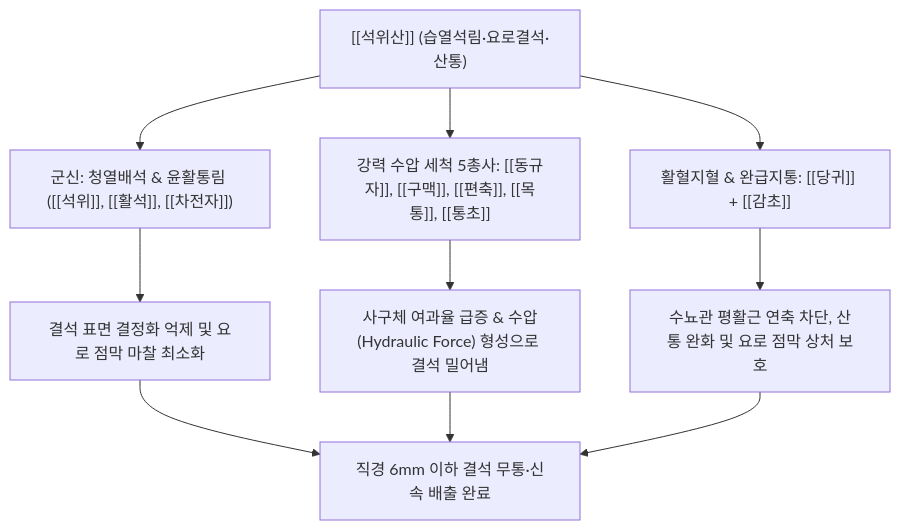
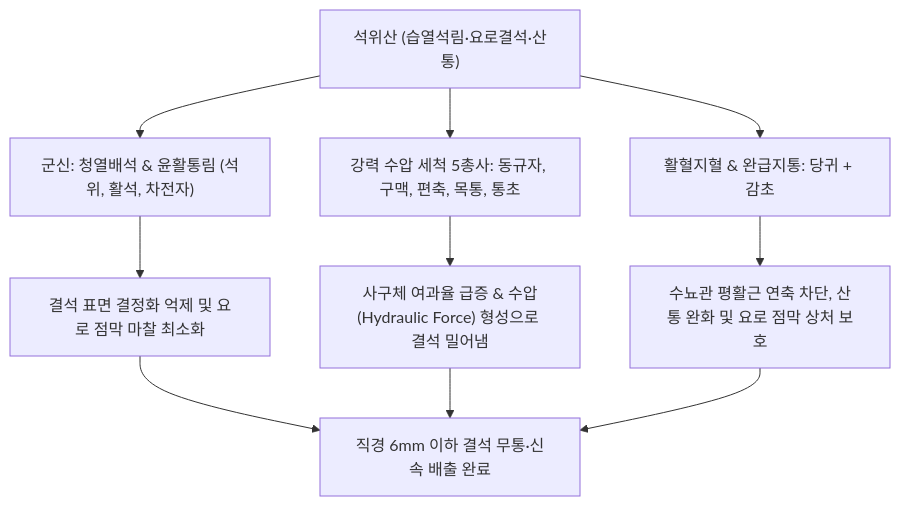
Before and after one commit to simbio11/simbio-digital-garden2: the diagram in content/2. 약리 공부/처방/03_화담·거습·이수제/석위산.md, drawn with Mermaid. The commit also changed other lines of this file and 323 other files, not shown here.

````diff
--- a/content/2. 약리 공부/처방/03_화담·거습·이수제/석위산.md
+++ b/content/2. 약리 공부/처방/03_화담·거습·이수제/석위산.md
@@ -48,12 +49,12 @@
 ```mermaid
 graph TD
-    A["[[석위산]] (습열석림·요로결석·산통)"] --> B["군신: 청열배석 & 윤활통림 ([[석위]], [[활석]], [[차전자]])"]
-    A --> C["강력 수압 세척 5총사: [[동규자]], [[구맥]], [[편축]], [[목통]], [[통초]]"]
-    A --> D["활혈지혈 & 완급지통: [[당귀]] + [[감초]]"]
+    A["석위산 (습열석림·요로결석·산통)"] --> B["군신: 청열배석 & 윤활통림 (석위, 활석, 차전자)"]
+    A --> C["강력 수압 세척 5총사: 동규자, 구맥, 편축, 목통, 통초"]
+    A --> D["활혈지혈 & 완급지통: 당귀 + 감초"]
 
     B --> E["결석 표면 결정화 억제 및 요로 점막 마찰 최소화"]
     C --> F["사구체 여과율 급증 & 수압(Hydraulic Force) 형성으로 결석 밀어냄"]
     D --> G["수뇨관 평활근 연축 차단, 산통 완화 및 요로 점막 상처 보호"]
 
     E & F & G --> H["직경 6mm 이하 결석 무통·신속 배출 완료"]
 ```
````
